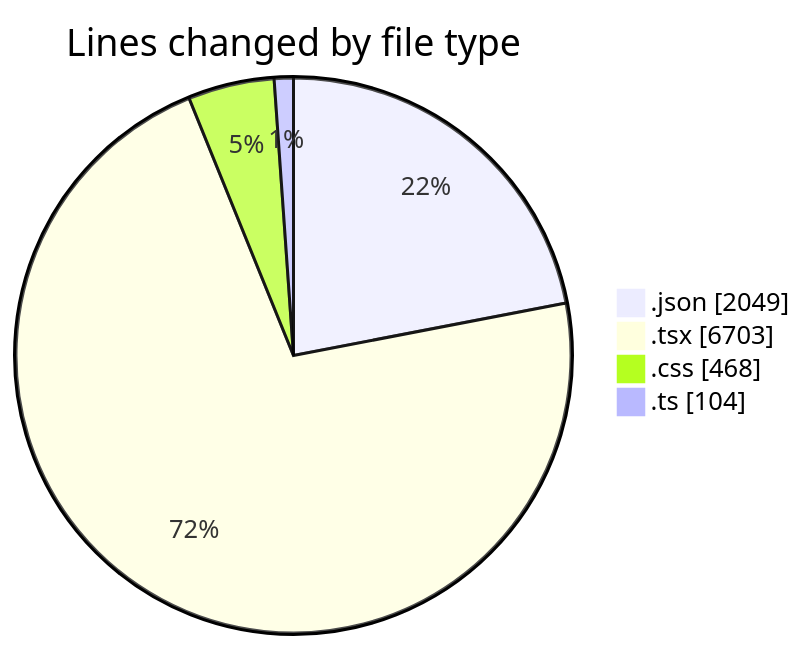
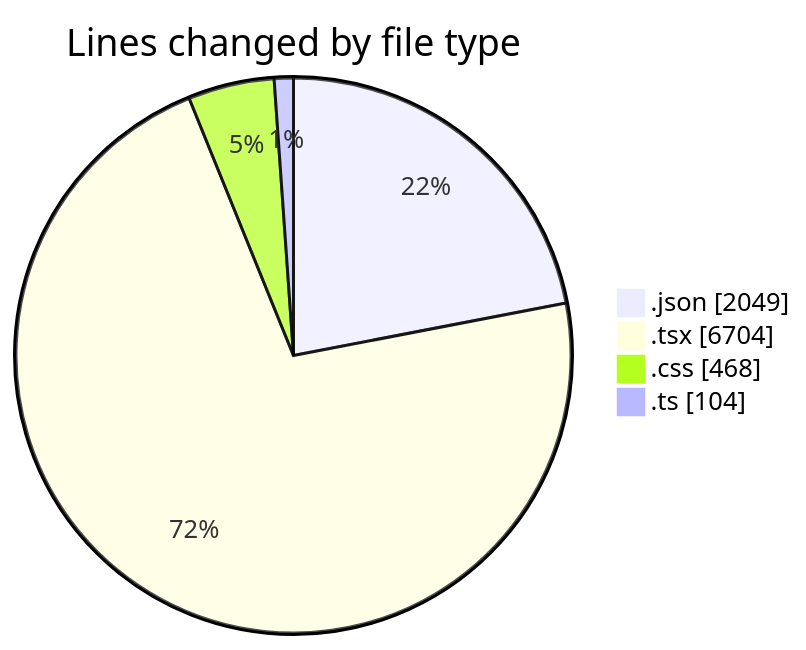
The first of 2 diagrams in 2025-08-14/ribbon/README.md (EIIisD/code-tracking), drawn with Mermaid before and after one commit. The commit also changed other lines of this file and 1 other file, not shown here.

````diff
--- a/2025-08-14/ribbon/README.md
+++ b/2025-08-14/ribbon/README.md
@@ -29,8 +29,8 @@
 ```mermaid
 pie showData
 title Lines changed by file type
 ".json" : 2049
-".tsx" : 6703
+".tsx" : 6704
 ".css" : 468
 ".ts" : 104
 ```
````
